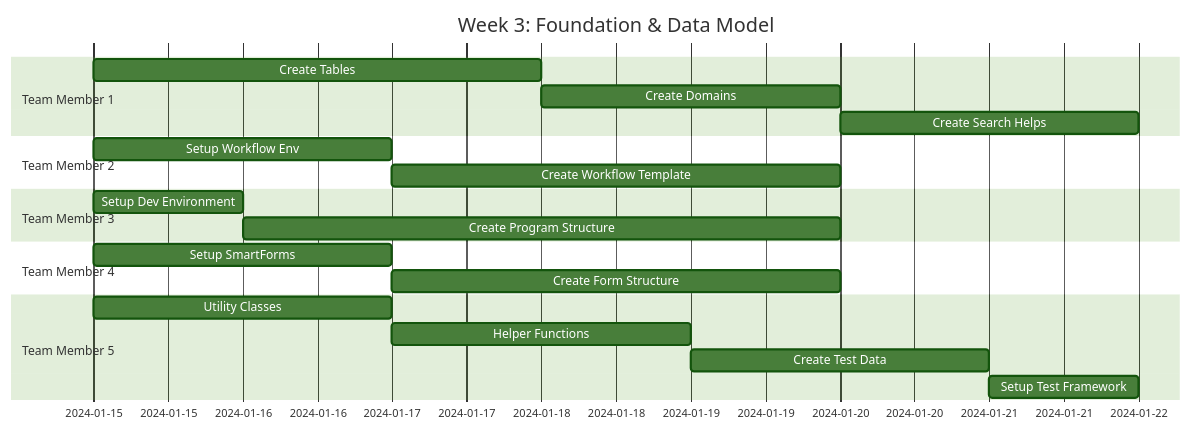
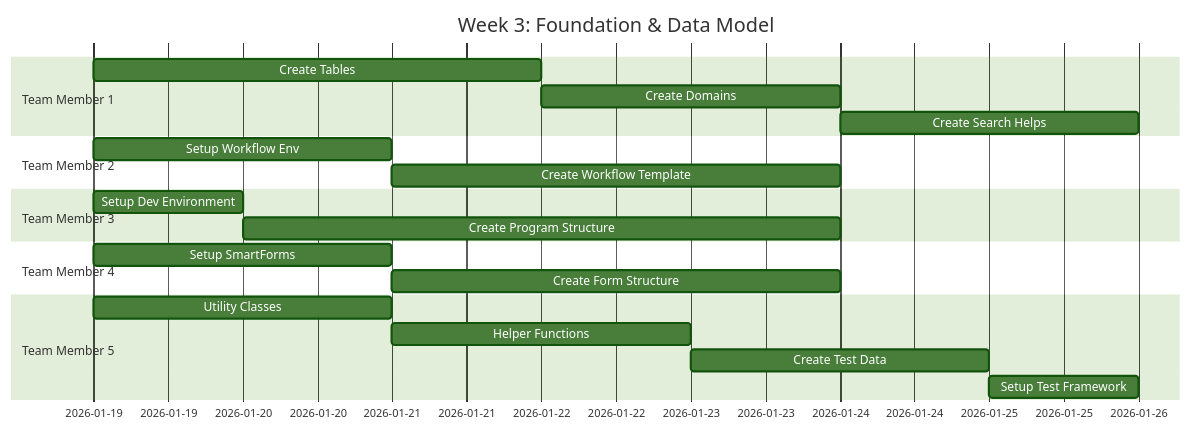
Before and after one commit to iouthnamain/tech-note: the first of 6 diagrams in SAP-Guides/Capstone/Employee-Leave-System/Phase2_Development.md, drawn with Mermaid (forest theme). The commit also changed other lines of this file and 96 other files, not shown here.

````diff
--- a/SAP-Guides/Capstone/Employee-Leave-System/Phase2_Development.md
+++ b/SAP-Guides/Capstone/Employee-Leave-System/Phase2_Development.md
@@ -27,23 +27,23 @@
 ```mermaid
 gantt
     title Week 3: Foundation & Data Model
     dateFormat YYYY-MM-DD
     section Team Member 1
-    Create Tables           :a1, 2024-01-15, 3d
+    Create Tables           :a1, 2026-01-19, 3d
     Create Domains          :a2, after a1, 2d
     Create Search Helps     :a3, after a2, 2d
     section Team Member 2
-    Setup Workflow Env      :b1, 2024-01-15, 2d
+    Setup Workflow Env      :b1, 2026-01-19, 2d
     Create Workflow Template :b2, after b1, 3d
     section Team Member 3
-    Setup Dev Environment   :c1, 2024-01-15, 1d
+    Setup Dev Environment   :c1, 2026-01-19, 1d
     Create Program Structure :c2, after c1, 4d
     section Team Member 4
-    Setup SmartForms        :d1, 2024-01-15, 2d
+    Setup SmartForms        :d1, 2026-01-19, 2d
     Create Form Structure   :d2, after d1, 3d
     section Team Member 5
-    Utility Classes         :e1, 2024-01-15, 2d
+    Utility Classes         :e1, 2026-01-19, 2d
     Helper Functions        :e2, after e1, 2d
     Create Test Data        :e3, after e2, 2d
     Setup Test Framework    :e4, after e3, 1d
 ```
````
